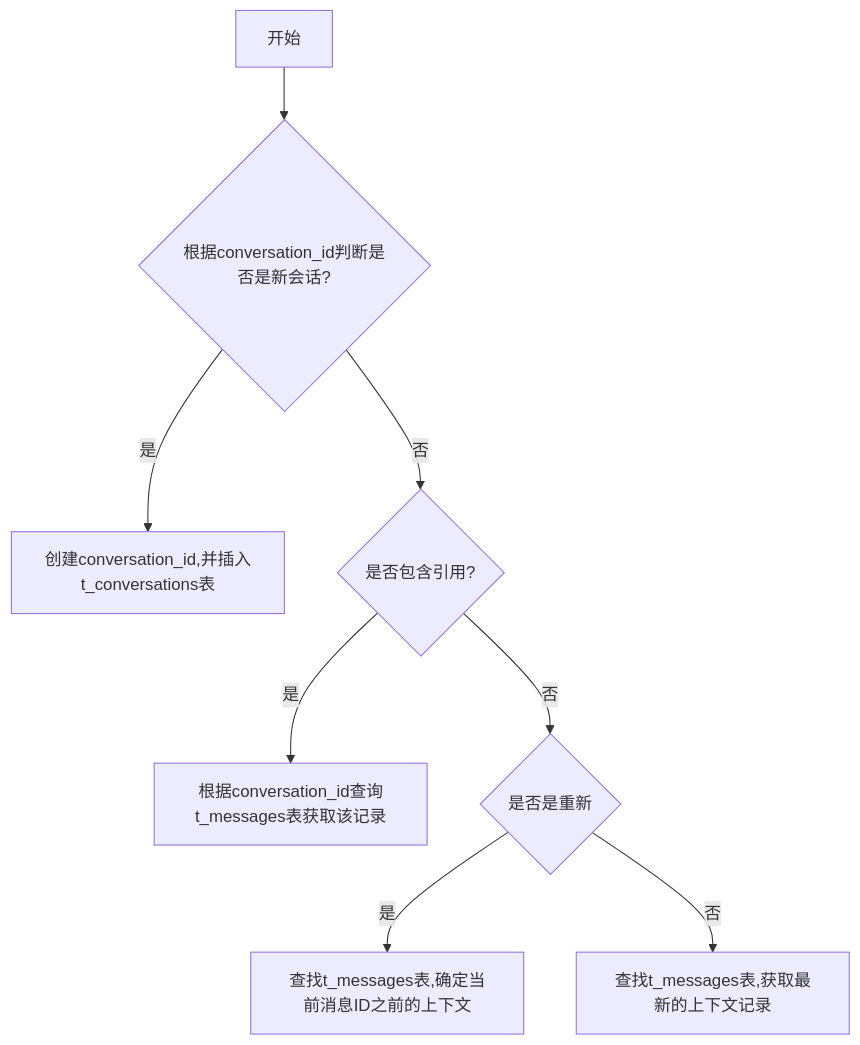
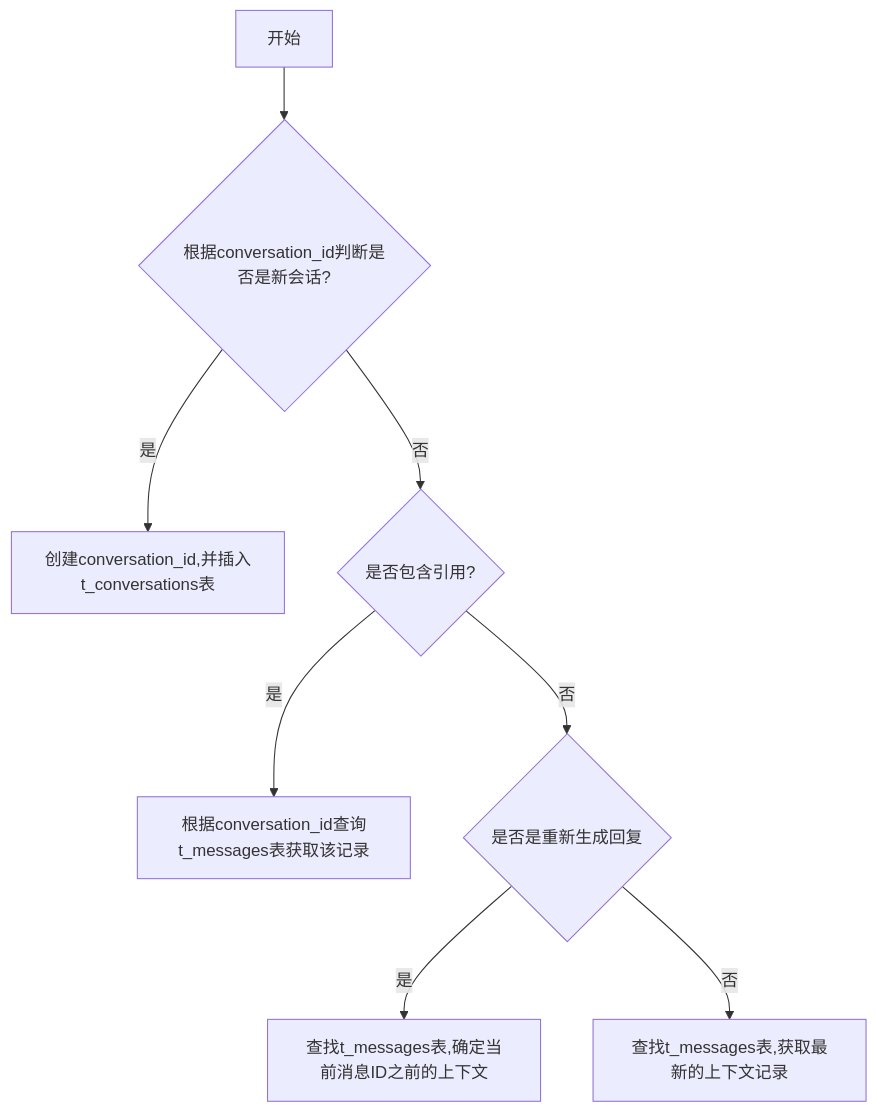
The diagram in all/未命名-7.md (yingjianzh/iodraw-files), drawn with Mermaid before and after one commit.

Commit message:
2024-10-12 14:22:54 update

````diff
--- a/all/未命名-7.md
+++ b/all/未命名-7.md
@@ -1,12 +1,12 @@
 ```mermaid
 flowchart TD
     A[开始] --> B{根据conversation_id判断是否是新会话?}
     B -- 是 --> C[创建conversation_id,并插入t_conversations表]
     B -- 否 --> D{是否包含引用?}
     D -- 是 --> E[根据conversation_id查询t_messages表获取该记录]
-    D -- 否 --> F{是否是重新}
+    D -- 否 --> F{是否是重新生成回复}
     F -- 是 --> G[查找t_messages表,确定当前消息ID之前的上下文]
     F -- 否 --> H[查找t_messages表,获取最新的上下文记录]
 
 
 ```
````
